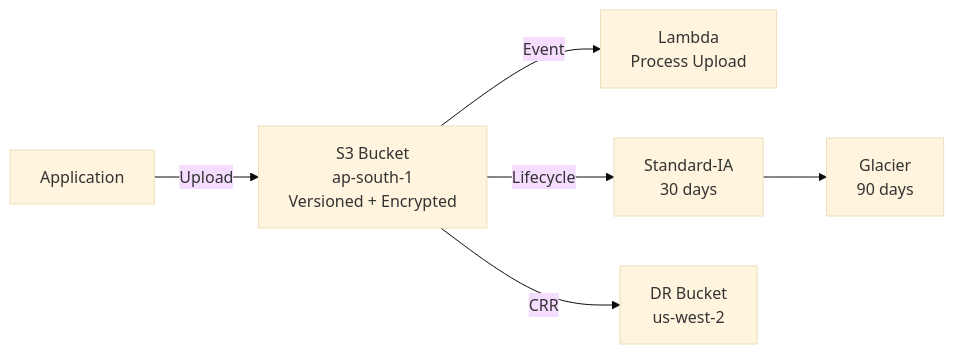
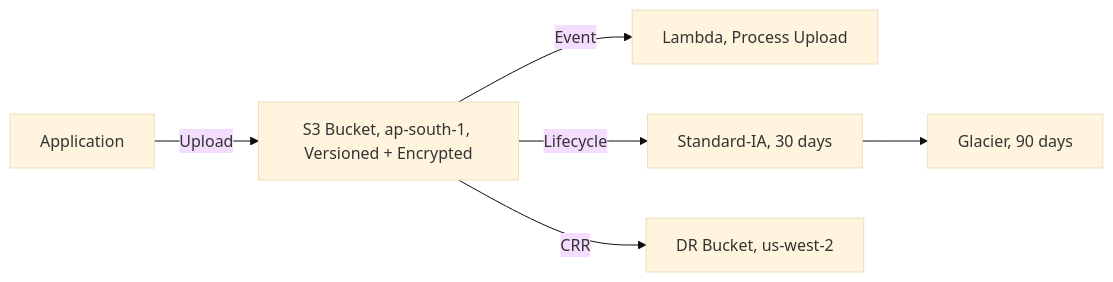
Before and after one commit to DeeptiShuklaProject/Uday_AWS: the second of 2 diagrams in Chapter_02_Amazon_S3.md, drawn with Mermaid (base theme). The commit also changed 34 other files, not shown here.

Commit message:
Fix mermaid diagrams syntax across all chapters (quote labels and remove HTML)

````diff
--- a/Chapter_02_Amazon_S3.md
+++ b/Chapter_02_Amazon_S3.md
@@ -555,8 +555,8 @@
 ```mermaid
 flowchart LR
-    App[Application] -->|Upload| Bucket[S3 Bucket<br>ap-south-1<br>Versioned + Encrypted]
-    Bucket -->|Event| Lambda[Lambda<br>Process Upload]
-    Bucket -->|Lifecycle| IA[Standard-IA<br>30 days]
-    IA --> Glacier[Glacier<br>90 days]
-    Bucket -->|CRR| DR[DR Bucket<br>us-west-2]
+    App[Application] -->|Upload| Bucket["S3 Bucket, ap-south-1, Versioned + Encrypted"]
+    Bucket -->|Event| Lambda["Lambda, Process Upload"]
+    Bucket -->|Lifecycle| IA["Standard-IA, 30 days"]
+    IA --> Glacier["Glacier, 90 days"]
+    Bucket -->|CRR| DR["DR Bucket, us-west-2"]
 ```
````
